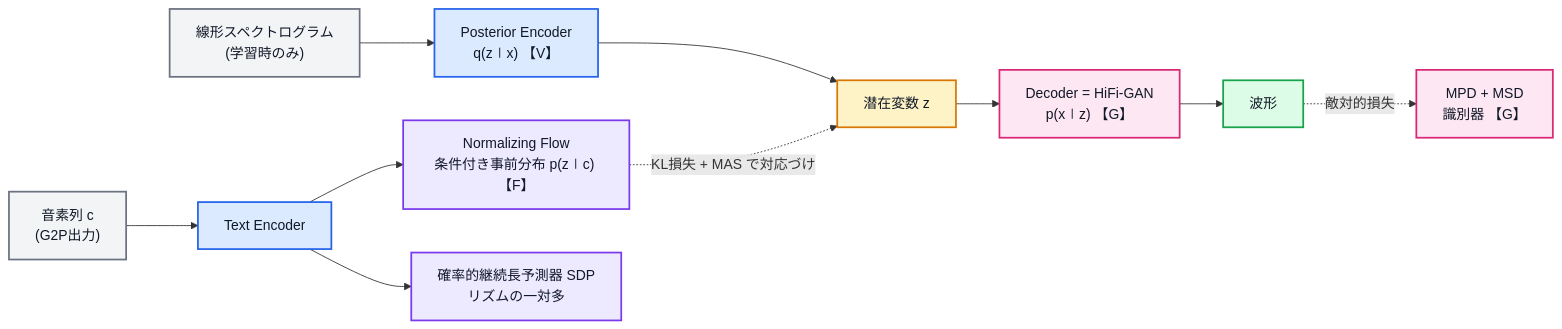
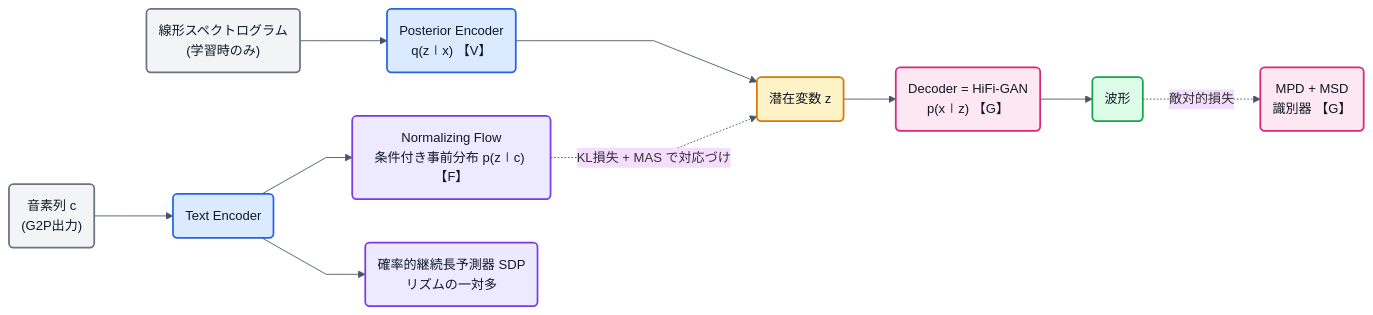
The second of 2 diagrams in articles/vits-for-cats.md (nnn112358/zenn_001), drawn with Mermaid before and after one commit. The commit also changed other lines of this file, not shown here.

Commit message:
VITS記事のmermaid図をPython生成図に寄せる
角丸長方形 ("...") + init directive(lineColor #475569 スレート直線,
curve linear, フォント/余白) でmatplotlib flowchartの見た目に近づけた。
冒頭注記のmatplotlib記述も修正。

````diff
--- a/articles/vits-for-cats.md
+++ b/articles/vits-for-cats.md
@@ -56,18 +57,19 @@
 ```mermaid
+%%{init: {'theme':'base','themeVariables':{'lineColor':'#475569','fontFamily':'Noto Sans CJK JP, sans-serif','fontSize':'15px'},'flowchart':{'padding':14,'nodeSpacing':50,'rankSpacing':60,'curve':'linear'}}}%%
 flowchart LR
-    LIN["線形スペクトログラム<br/>(学習時のみ)"]:::gray --> POST["Posterior Encoder<br/>q(z∣x) 【V】"]:::blue
-    POST --> Z["潜在変数 z"]:::amber
-    Z --> DEC["Decoder = HiFi-GAN<br/>p(x∣z) 【G】"]:::pink
-    DEC --> WAV["波形"]:::green
-    TXT["音素列 c<br/>(G2P出力)"]:::gray --> TENC["Text Encoder"]:::blue
-    TENC --> FLOW["Normalizing Flow<br/>条件付き事前分布 p(z∣c) 【F】"]:::purple
-    TENC --> SDP["確率的継続長予測器 SDP<br/>リズムの一対多"]:::purple
+    LIN("線形スペクトログラム<br/>(学習時のみ)"):::gray --> POST("Posterior Encoder<br/>q(z∣x) 【V】"):::blue
+    POST --> Z("潜在変数 z"):::amber
+    Z --> DEC("Decoder = HiFi-GAN<br/>p(x∣z) 【G】"):::pink
+    DEC --> WAV("波形"):::green
+    TXT("音素列 c<br/>(G2P出力)"):::gray --> TENC("Text Encoder"):::blue
+    TENC --> FLOW("Normalizing Flow<br/>条件付き事前分布 p(z∣c) 【F】"):::purple
+    TENC --> SDP("確率的継続長予測器 SDP<br/>リズムの一対多"):::purple
     FLOW -.->|"KL損失 + MAS で対応づけ"| Z
-    WAV -.->|"敵対的損失"| DISC["MPD + MSD<br/>識別器 【G】"]:::pink
+    WAV -.->|"敵対的損失"| DISC("MPD + MSD<br/>識別器 【G】"):::pink
     classDef blue fill:#dbeafe,stroke:#2563eb,stroke-width:2px,color:#111827
     classDef amber fill:#fef3c7,stroke:#d97706,stroke-width:2px,color:#111827
     classDef purple fill:#ede9fe,stroke:#7c3aed,stroke-width:2px,color:#111827
     classDef pink fill:#fce7f3,stroke:#db2777,stroke-width:2px,color:#111827
     classDef green fill:#dcfce7,stroke:#16a34a,stroke-width:2px,color:#111827
     classDef gray fill:#f3f4f6,stroke:#6b7280,stroke-width:2px,color:#111827
 ```
````
